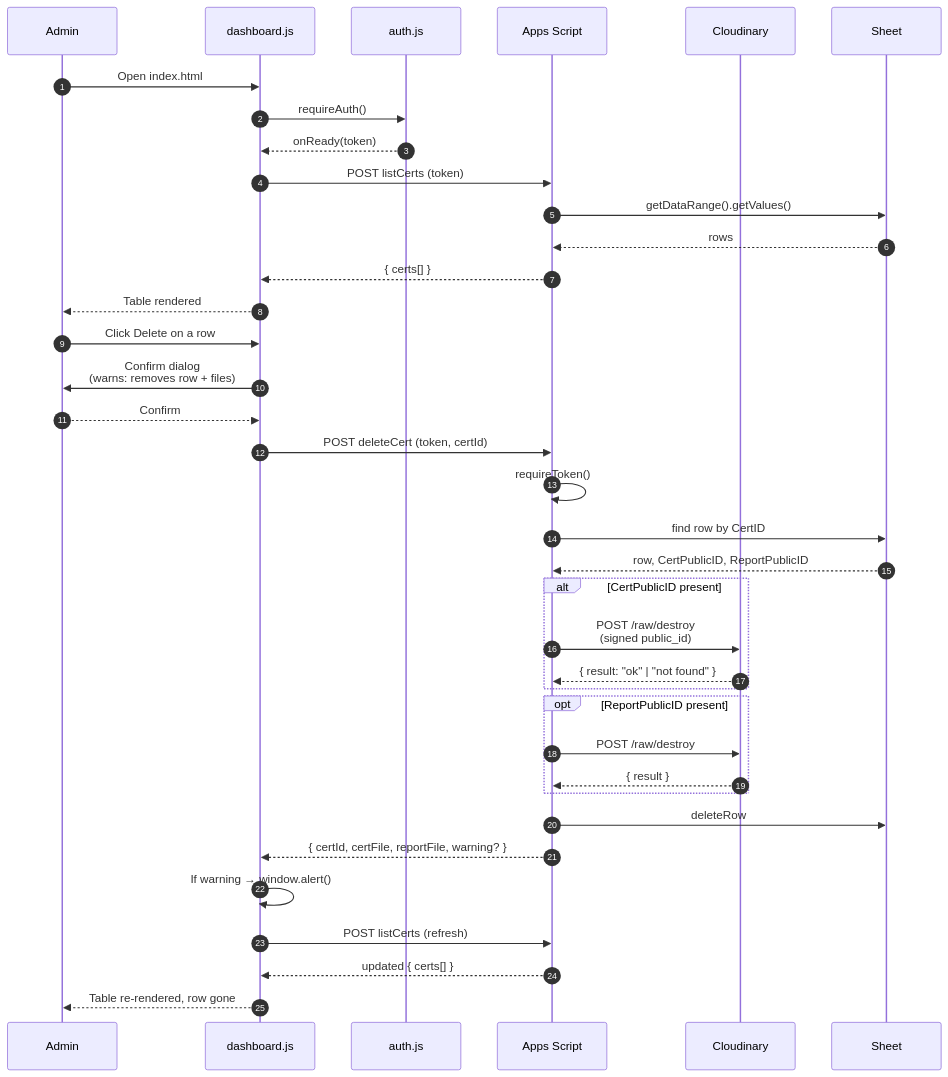
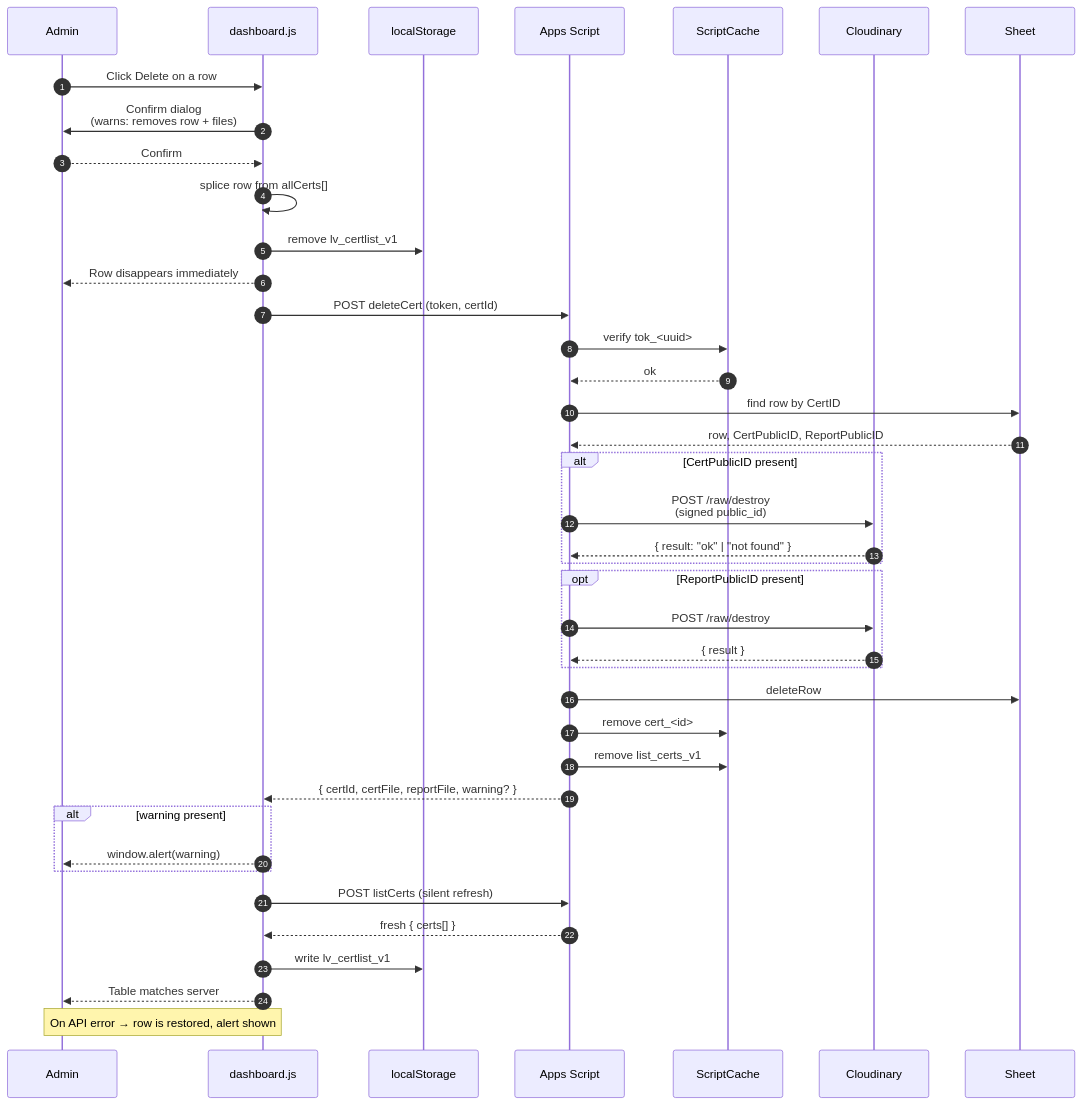
Before and after one commit to LingoLand-net/admin-cert: the diagram in schema/DB-sequence-Delete-sh.mermaid, drawn with Mermaid. The commit also changed 4 other files, not shown here.

```diff
--- a/schema/DB-sequence-Delete-sh.mermaid
+++ b/schema/DB-sequence-Delete-sh.mermaid
@@ -1,43 +1,49 @@
 sequenceDiagram
     autonumber
     participant U  as Admin
     participant FE as dashboard.js
-    participant AU as auth.js
+    participant LS as localStorage
     participant GS as Apps Script
+    participant SC as ScriptCache
     participant CL as Cloudinary
     participant SH as Sheet
-
-    U  ->> FE: Open index.html
-    FE ->> AU: requireAuth()
-    AU -->> FE: onReady(token)
-    FE ->> GS: POST listCerts (token)
-    GS ->> SH: getDataRange().getValues()
-    SH -->> GS: rows
-    GS -->> FE: { certs[] }
-    FE -->> U: Table rendered
 
     U  ->> FE: Click Delete on a row
     FE ->> U: Confirm dialog<br/>(warns: removes row + files)
     U  -->> FE: Confirm
 
+    FE ->> FE: splice row from allCerts[]
+    FE ->> LS: remove lv_certlist_v1
+    FE -->> U: Row disappears immediately
+
     FE ->> GS: POST deleteCert (token, certId)
-    GS ->> GS: requireToken()
+    GS ->> SC: verify tok_<uuid>
+    SC -->> GS: ok
     GS ->> SH: find row by CertID
     SH -->> GS: row, CertPublicID, ReportPublicID
 
     alt CertPublicID present
         GS ->> CL: POST /raw/destroy<br/>(signed public_id)
         CL -->> GS: { result: "ok" | "not found" }
     end
 
     opt ReportPublicID present
         GS ->> CL: POST /raw/destroy
         CL -->> GS: { result }
     end
 
     GS ->> SH: deleteRow
+    GS ->> SC: remove cert_<id>
+    GS ->> SC: remove list_certs_v1
     GS -->> FE: { certId, certFile, reportFile, warning? }
-    FE ->> FE: If warning → window.alert()
-    FE ->> GS: POST listCerts (refresh)
-    GS -->> FE: updated { certs[] }
-    FE -->> U: Table re-rendered, row gone
+
+    alt warning present
+        FE -->> U: window.alert(warning)
+    end
+
+    FE ->> GS: POST listCerts (silent refresh)
+    GS -->> FE: fresh { certs[] }
+    FE ->> LS: write lv_certlist_v1
+    FE -->> U: Table matches server
+
+    Note over FE,U: On API error → row is restored, alert shown
```
